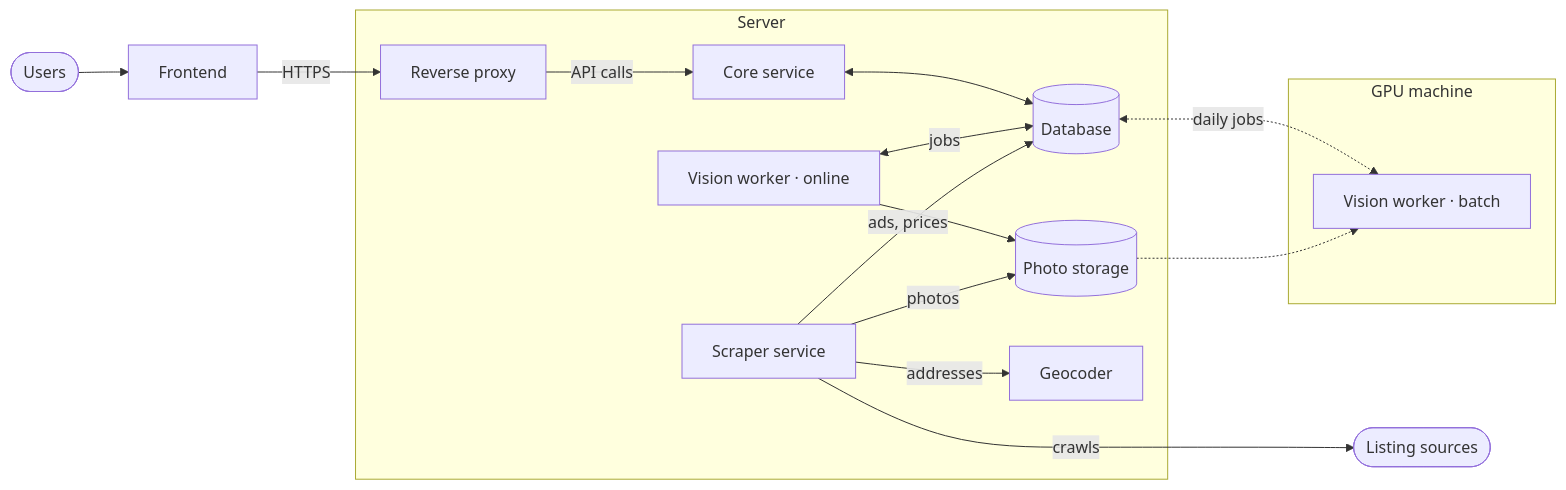
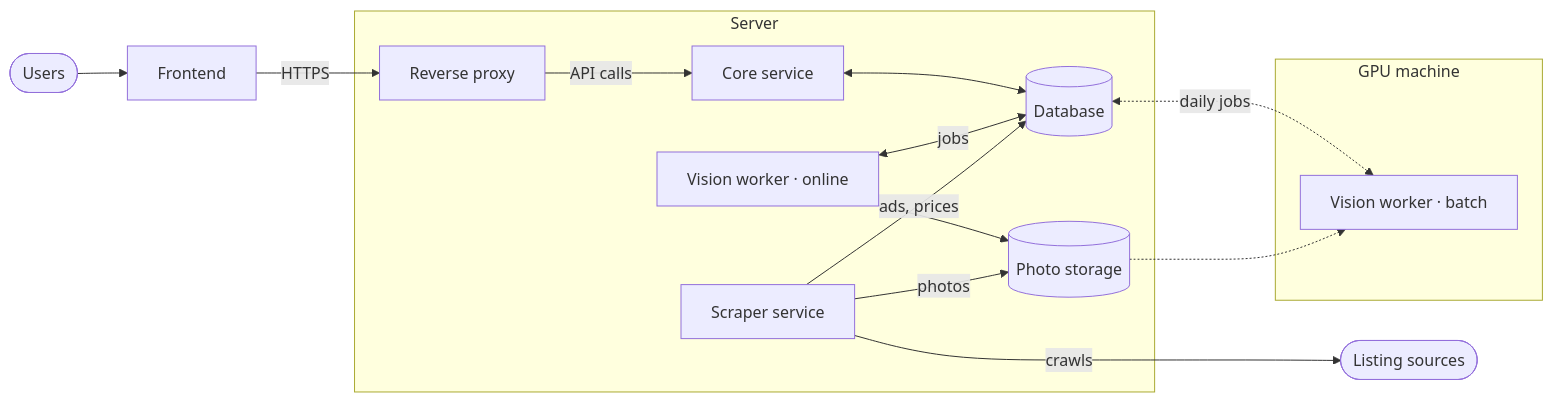
Before and after one commit to mcittkmims/apartment-lens: the diagram in README.md, drawn with Mermaid. The commit also changed other lines of this file and 1 other file, not shown here.

Commit message:
Drop the separate geocoder: addresses become map points from data in the database

````diff
--- a/README.md
+++ b/README.md
@@ -20,34 +20,32 @@
 ```mermaid
 flowchart LR
     users([Users])
     frontend["Frontend"]
 
     subgraph server["Server"]
         proxy["Reverse proxy"]
         core["Core service"]
         vonline["Vision worker · online"]
         scraper["Scraper service"]
         db[("Database")]
         store[("Photo storage")]
-        geo["Geocoder"]
     end
 
     subgraph gpu["GPU machine"]
         vbatch["Vision worker · batch"]
     end
 
     sources([Listing sources])
 
     users --> frontend
     frontend -->|HTTPS| proxy
     proxy -->|API calls| core
     core <--> db
     vonline <-->|jobs| db
     vonline --> store
     scraper -->|ads, prices| db
     scraper -->|photos| store
-    scraper -->|addresses| geo
     scraper --->|crawls| sources
     db <-.->|daily jobs| vbatch
     store -.-> vbatch
 ```
````
